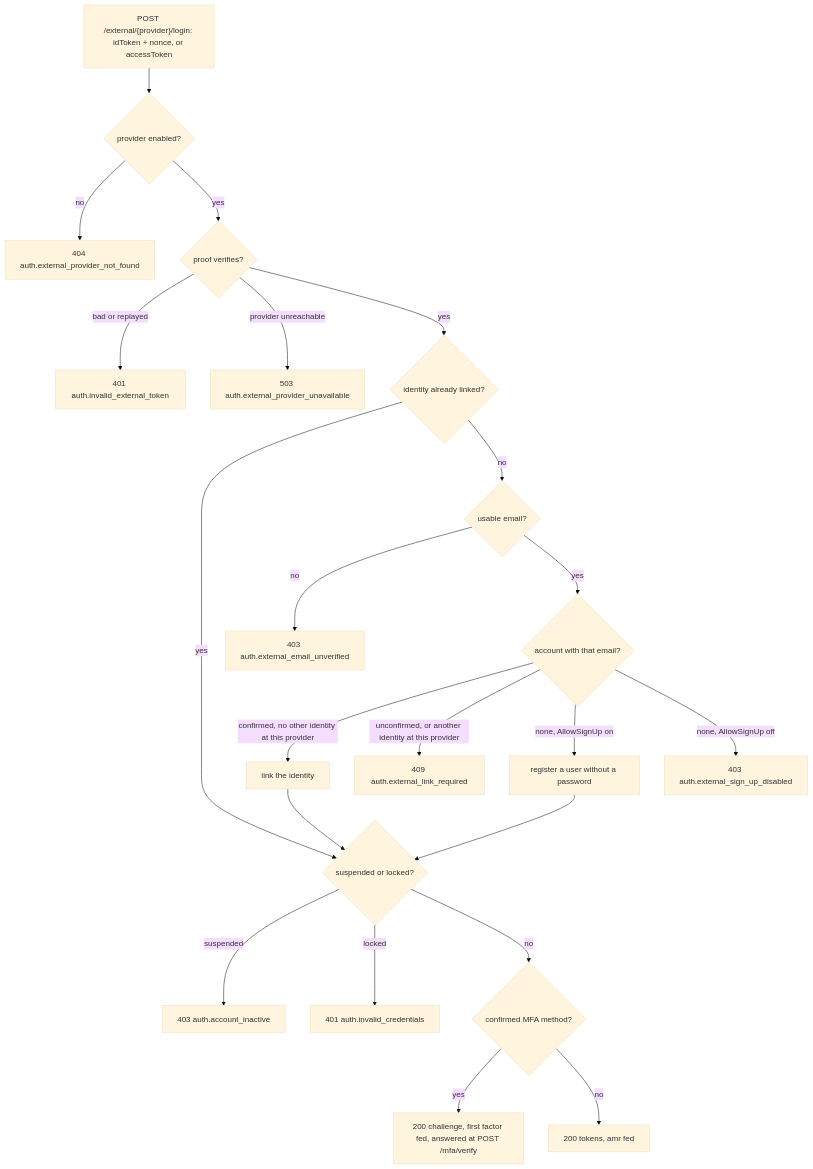
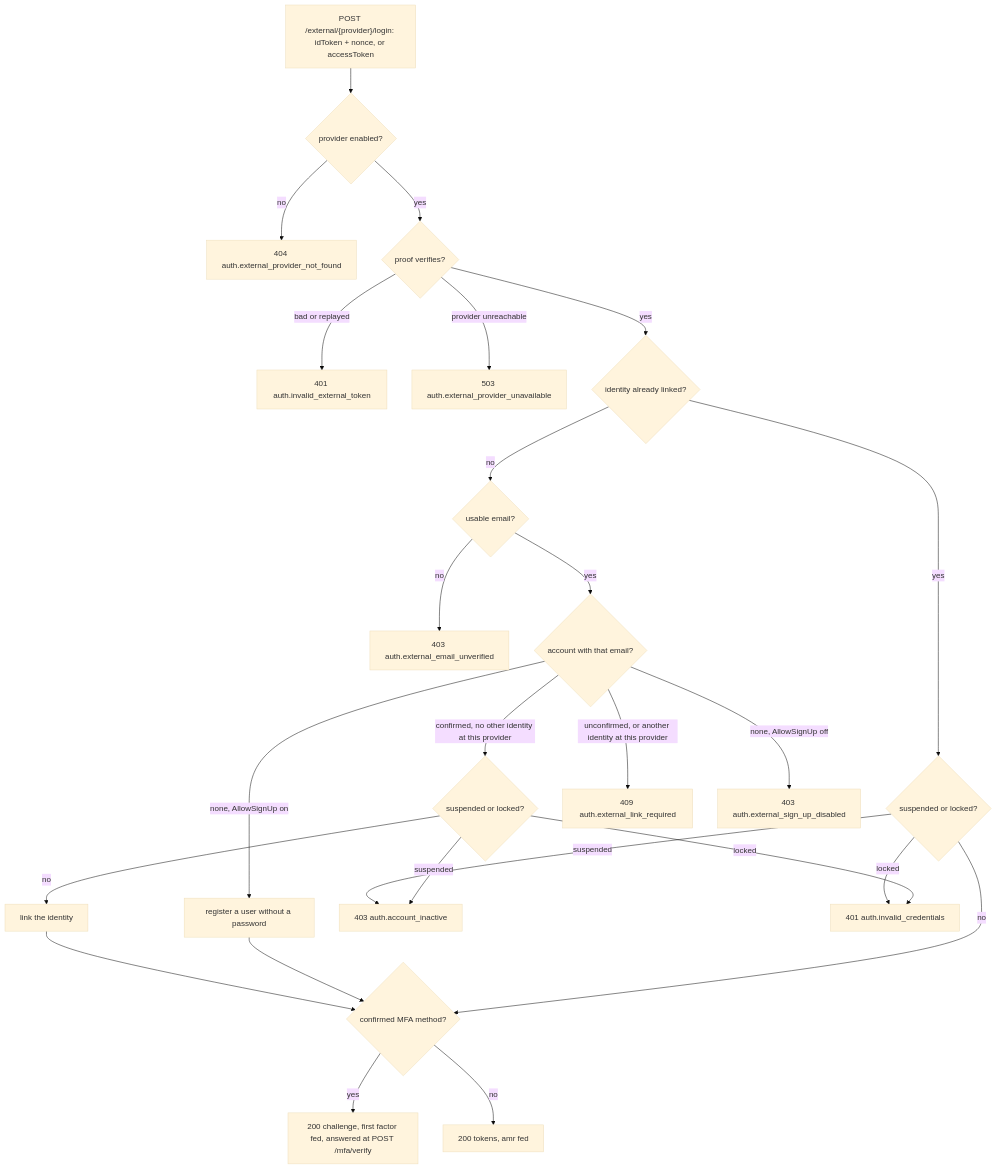
The sixth of 8 diagrams in docs/modules/auth.md (jackyjiale-oss/modulith-backend), drawn with Mermaid (base theme) before and after one commit. The commit also changed other lines of this file and 5 other files, not shown here.

````diff
--- a/docs/modules/auth.md
+++ b/docs/modules/auth.md
@@ -465,22 +465,25 @@
 ```mermaid
 flowchart TD
     A["POST /external/{provider}/login: idToken + nonce, or accessToken"] --> B{"provider enabled?"}
     B -->|no| B1["404 auth.external_provider_not_found"]
     B -->|yes| C{"proof verifies?"}
     C -->|"bad or replayed"| C1["401 auth.invalid_external_token"]
     C -->|"provider unreachable"| C2["503 auth.external_provider_unavailable"]
     C -->|yes| D{"identity already linked?"}
-    D -->|yes| H
+    D -->|yes| H{"suspended or locked?"}
     D -->|no| E{"usable email?"}
     E -->|no| E1["403 auth.external_email_unverified"]
     E -->|yes| F{"account with that email?"}
-    F -->|"confirmed, no other identity at this provider"| G["link the identity"] --> H
+    F -->|"confirmed, no other identity at this provider"| M{"suspended or locked?"}
+    M -->|no| G["link the identity"] --> J
     F -->|"unconfirmed, or another identity at this provider"| F1["409 auth.external_link_required"]
-    F -->|"none, AllowSignUp on"| I["register a user without a password"] --> H
+    F -->|"none, AllowSignUp on"| I["register a user without a password"] --> J
     F -->|"none, AllowSignUp off"| F2["403 auth.external_sign_up_disabled"]
-    H{"suspended or locked?"} -->|suspended| H1["403 auth.account_inactive"]
+    H -->|suspended| H1["403 auth.account_inactive"]
+    M -->|suspended| H1
     H -->|locked| H2["401 auth.invalid_credentials"]
+    M -->|locked| H2
     H -->|no| J{"confirmed MFA method?"}
     J -->|yes| K["200 challenge, first factor fed, answered at POST /mfa/verify"]
     J -->|no| L["200 tokens, amr fed"]
 ```
````
